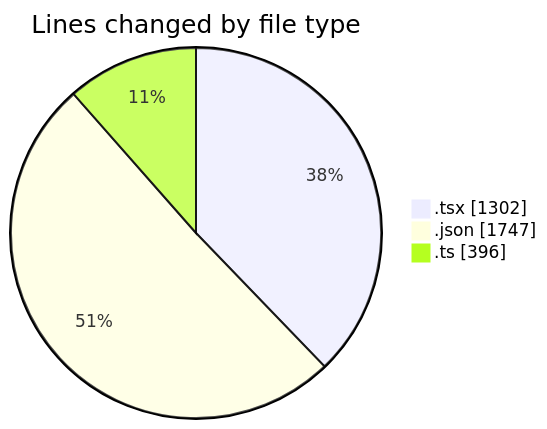
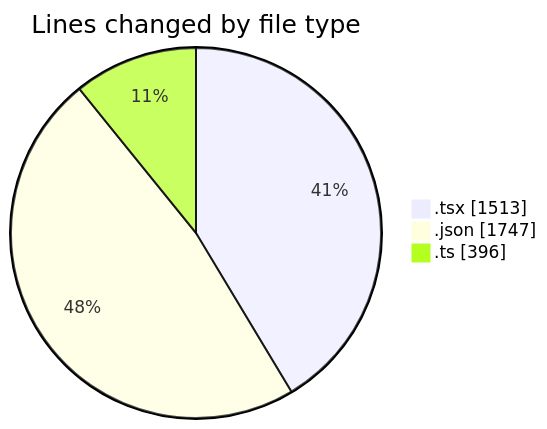
Before and after one commit to julien-gomy/code-tracking: the first of 2 diagrams in 2025-10-30/eventscop-frontend-guide__workspace_/README.md, drawn with Mermaid. The commit also changed other lines of this file and 1 other file, not shown here.

````diff
--- a/2025-10-30/eventscop-frontend-guide__workspace_/README.md
+++ b/2025-10-30/eventscop-frontend-guide__workspace_/README.md
@@ -31,7 +32,7 @@
 ```mermaid
 pie showData
 title Lines changed by file type
-".tsx" : 1302
+".tsx" : 1513
 ".json" : 1747
 ".ts" : 396
 ```
````
